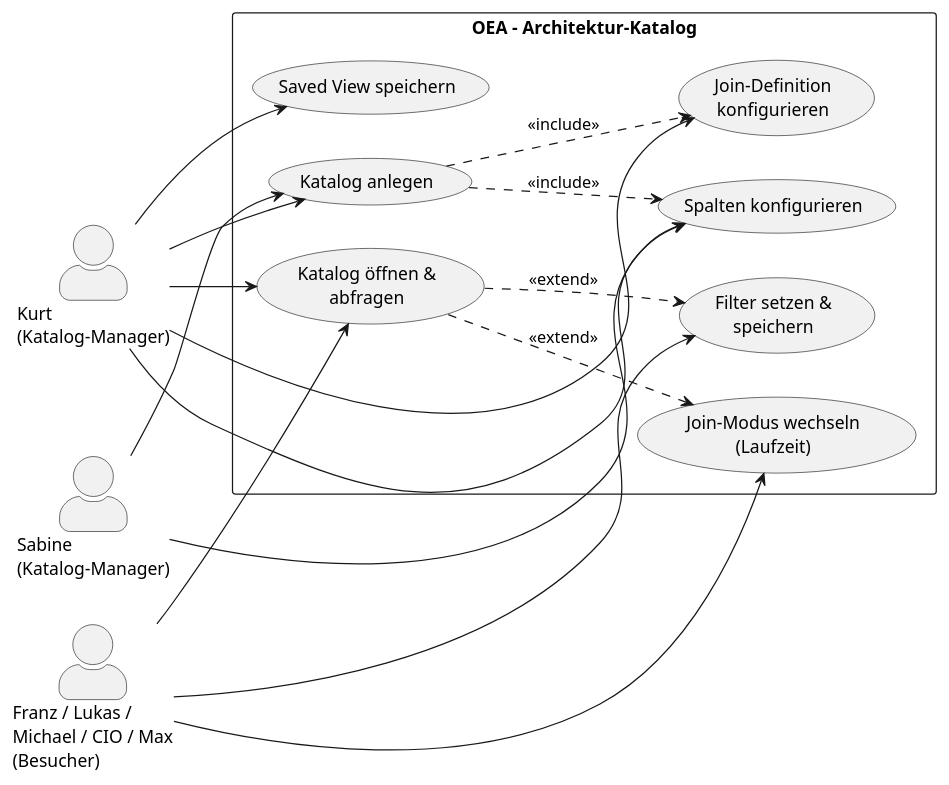
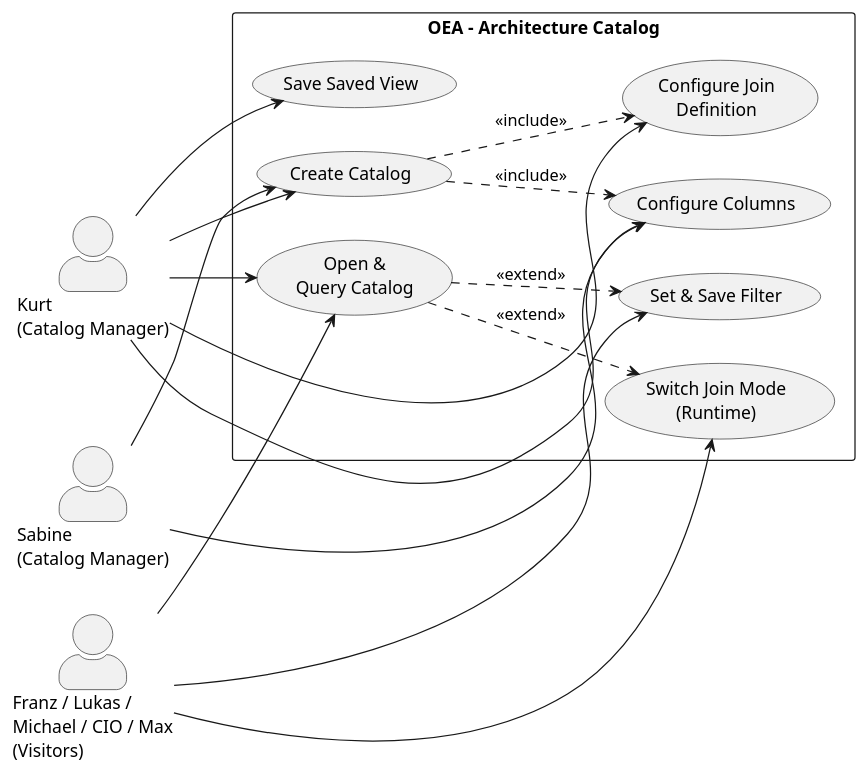
The diagram in requirements/use-cases/UC-06-create-and-use-catalog.md (open-enterprise-architecture/OEA), drawn with PlantUML before and after one commit. The commit also changed other lines of this file and 630 other files, not shown here.

````diff
--- a/requirements/use-cases/UC-06-create-and-use-catalog.md
+++ b/requirements/use-cases/UC-06-create-and-use-catalog.md
@@ -39,36 +39,36 @@
 ```plantuml
-@startuml UC-06-Katalog
+@startuml UC-06-Catalog
 left to right direction
 skinparam actorStyle awesome
 
-actor "Kurt\n(Katalog-Manager)" as Kurt
-actor "Sabine\n(Katalog-Manager)" as Sabine
-actor "Franz / Lukas /\nMichael / CIO / Max\n(Besucher)" as Visitors
+actor "Kurt\n(Catalog Manager)" as Kurt
+actor "Sabine\n(Catalog Manager)" as Sabine
+actor "Franz / Lukas /\nMichael / CIO / Max\n(Visitors)" as Visitors
 
-rectangle "OEA – Architektur-Katalog" {
-  usecase "Katalog anlegen" as UC_Create
-  usecase "Spalten konfigurieren" as UC_Cols
-  usecase "Join-Definition\nkonfigurieren" as UC_Join
-  usecase "Saved View speichern" as UC_SavedView
-  usecase "Katalog öffnen &\nabfragen" as UC_Query
-  usecase "Filter setzen &\nspeichern" as UC_Filter
-  usecase "Join-Modus wechseln\n(Laufzeit)" as UC_JoinRT
+rectangle "OEA – Architecture Catalog" {
+  usecase "Create Catalog" as UC_Create
+  usecase "Configure Columns" as UC_Cols
+  usecase "Configure Join\nDefinition" as UC_Join
+  usecase "Save Saved View" as UC_SavedView
+  usecase "Open &\nQuery Catalog" as UC_Query
+  usecase "Set & Save Filter" as UC_Filter
+  usecase "Switch Join Mode\n(Runtime)" as UC_JoinRT
 }
 
 Kurt --> UC_Create
 Kurt --> UC_Cols
 Kurt --> UC_Join
 Kurt --> UC_SavedView
 Kurt --> UC_Query
 Sabine --> UC_Create
 Sabine --> UC_Cols
 Visitors --> UC_Query
 Visitors --> UC_Filter
 Visitors --> UC_JoinRT
 
 UC_Create ..> UC_Cols : <<include>>
 UC_Create ..> UC_Join : <<include>>
 UC_Query ..> UC_Filter : <<extend>>
 UC_Query ..> UC_JoinRT : <<extend>>
 @enduml
 ```
````
